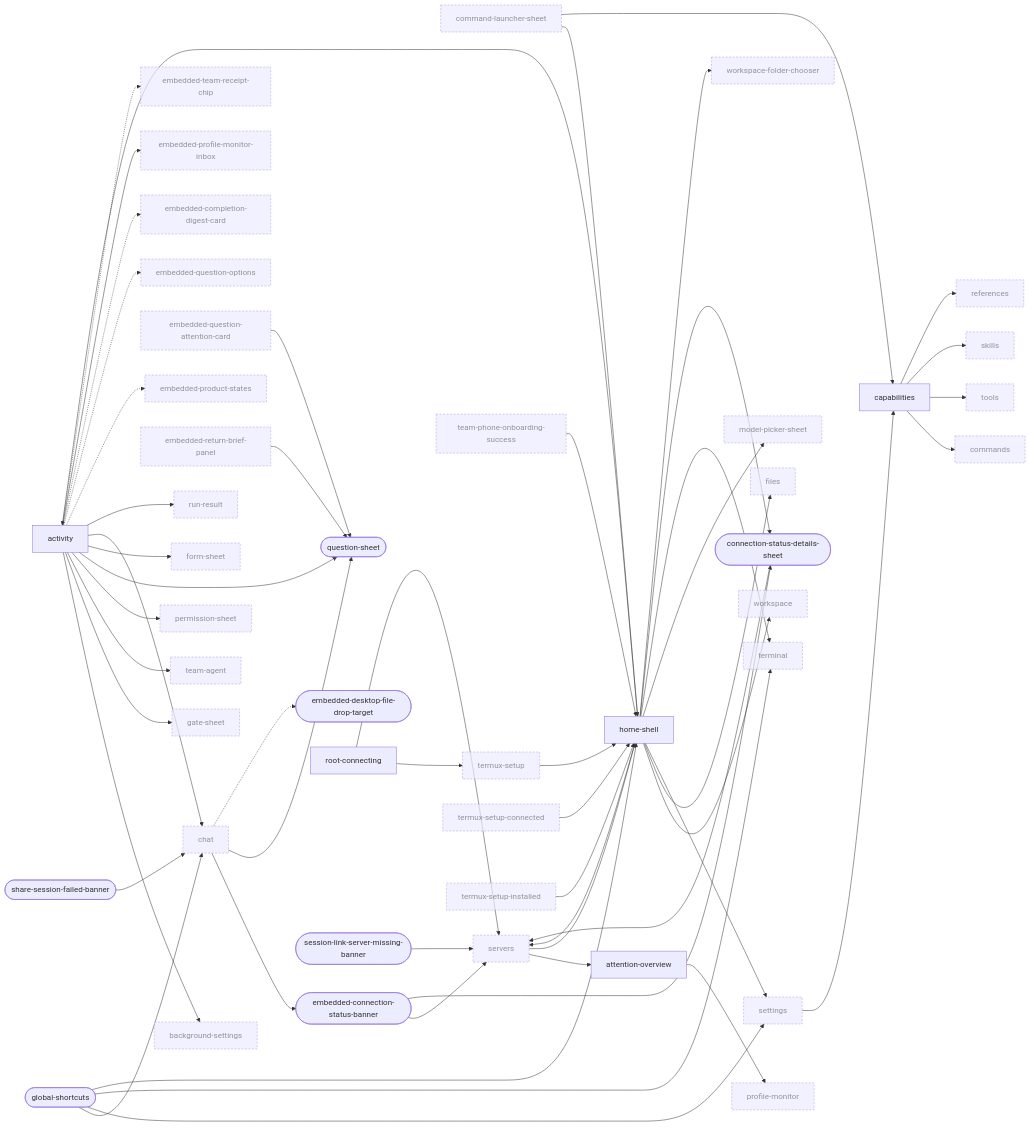
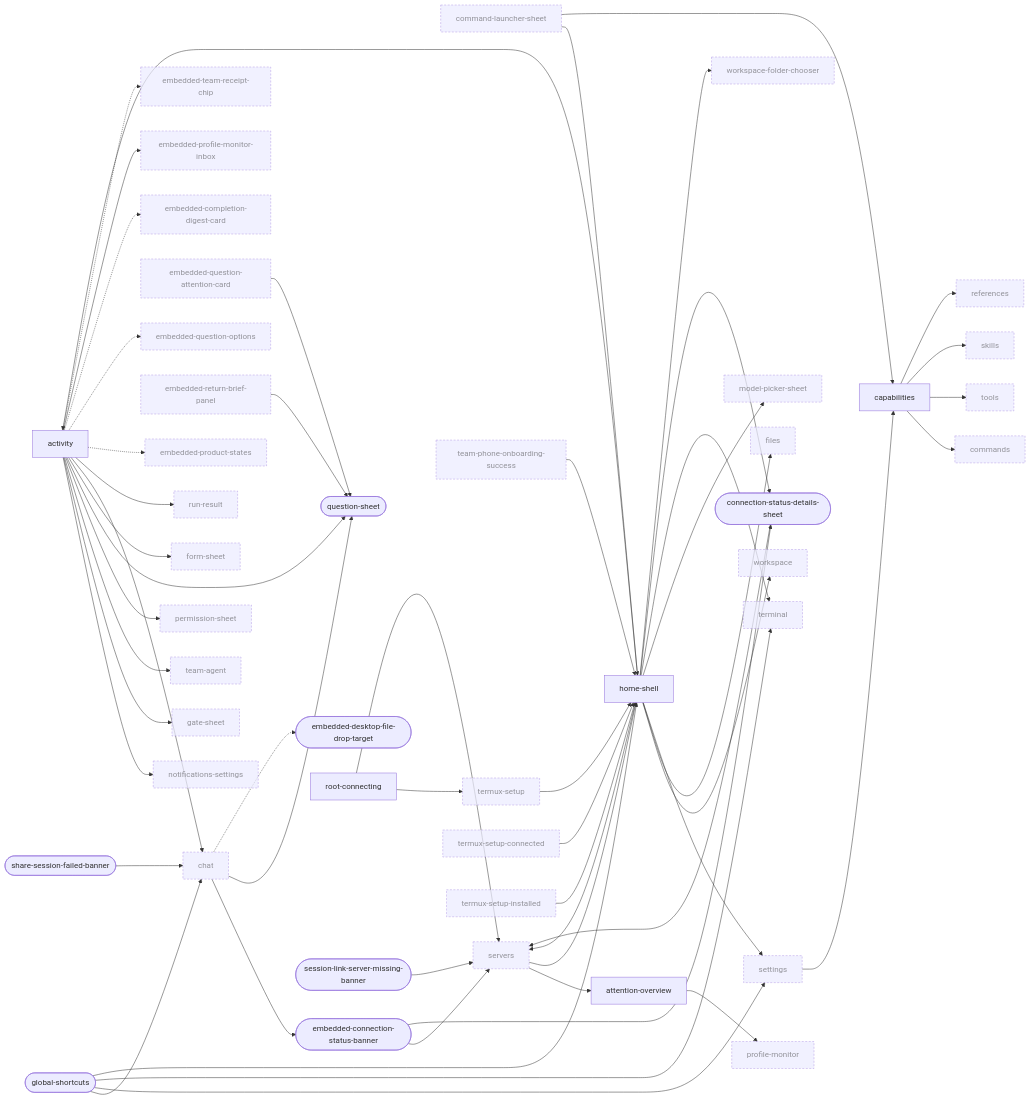
Before and after one commit to Breskott/opencode-mobile-next: the first of 10 diagrams in docs/design/ui-ledger/navigation.md, drawn with Mermaid. The commit also changed other lines of this file and 7 other files, not shown here.

```diff
--- a/docs/design/ui-ledger/navigation.md
+++ b/docs/design/ui-ledger/navigation.md
@@ -22,7 +22,6 @@
 graph LR
   activity["activity"]
   attention_overview["attention-overview"]
-  background_settings["background-settings"]:::ext
   capabilities["capabilities"]
   chat["chat"]:::ext
   command_launcher_sheet["command-launcher-sheet"]:::ext
@@ -43,6 +42,7 @@
   global_shortcuts(["global-shortcuts"])
   home_shell["home-shell"]
   model_picker_sheet["model-picker-sheet"]:::ext
+  notifications_settings["notifications-settings"]:::ext
   permission_sheet["permission-sheet"]:::ext
   profile_monitor["profile-monitor"]:::ext
   question_sheet(["question-sheet"])
@@ -76,7 +76,7 @@
   connection_status_details_sheet --> servers
   embedded_connection_status_banner --> servers
   embedded_connection_status_banner --> connection_status_details_sheet
-  activity --> background_settings
+  activity --> notifications_settings
   activity --> gate_sheet
   activity --> team_agent
   activity --> permission_sheet
```
